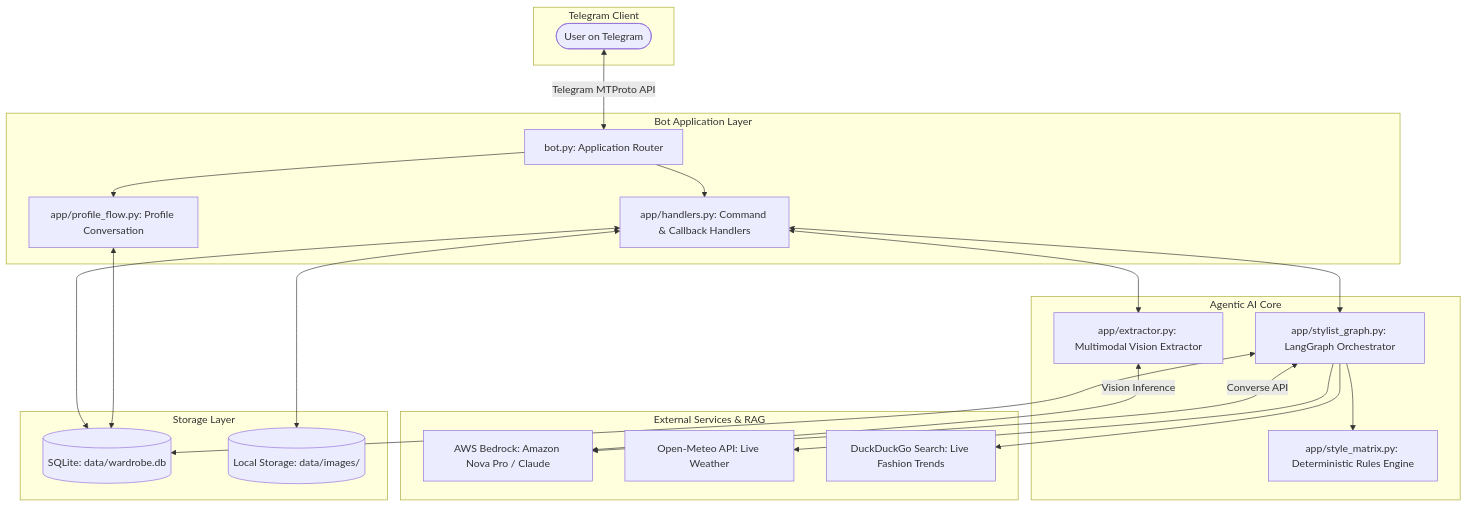
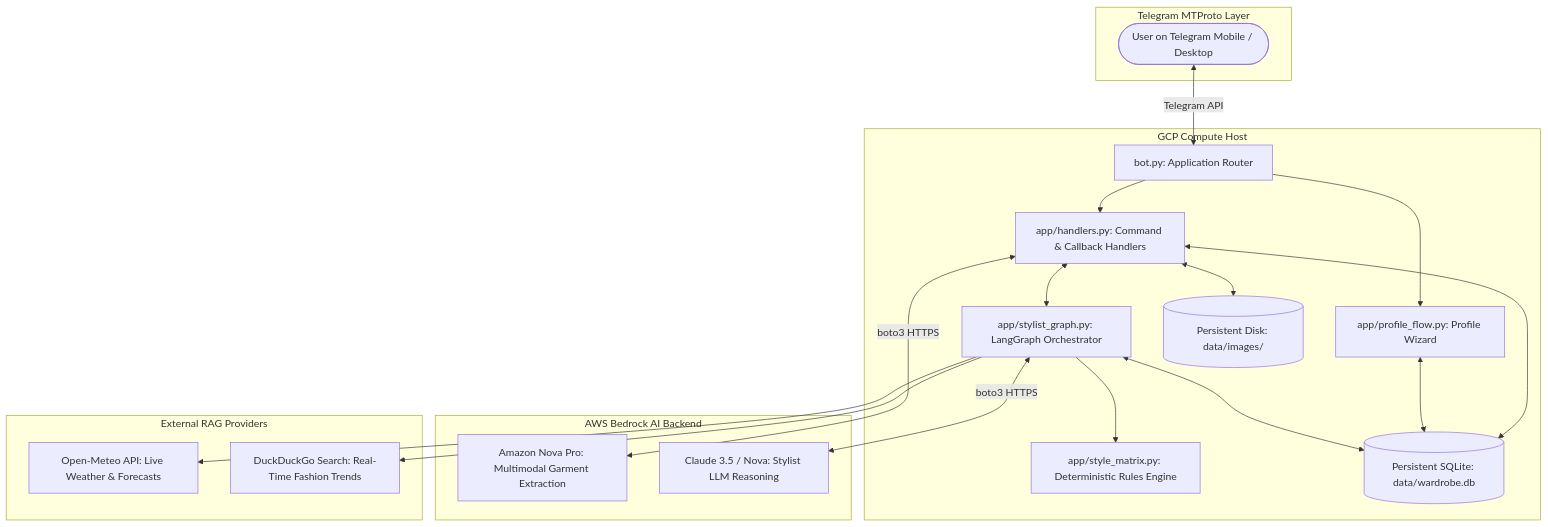
One commit to Jerrywoohoo/Fashion-sense-bot changed the first of 2 diagrams in README.md. Above: the diagram before and after it, drawn with Mermaid. The commit also changed other lines of this file and 3 other files, not shown here.

````diff
--- a/README.md
+++ b/README.md
@@ -69,45 +129,42 @@
 ```mermaid
 flowchart TD
-    subgraph Telegram Client
-        User([User on Telegram])
+    subgraph Telegram MTProto Layer
+        User([User on Telegram Mobile / Desktop])
     end
 
-    subgraph Bot Application Layer
+    subgraph Google Cloud Platform [GCP Compute Host]
         Bot[bot.py: Application Router]
         Handlers[app/handlers.py: Command & Callback Handlers]
-        ProfileFlow[app/profile_flow.py: Profile Conversation]
+        ProfileFlow[app/profile_flow.py: Profile Wizard]
+        StylistGraph[app/stylist_graph.py: LangGraph Orchestrator]
+        StyleMatrix[app/style_matrix.py: Deterministic Rules Engine]
+        DB[(Persistent SQLite: data/wardrobe.db)]
+        Images[(Persistent Disk: data/images/)]
     end
 
-    subgraph Agentic AI Core
-        Extractor[app/extractor.py: Multimodal Vision Extractor]
-        StylistGraph[app/stylist_graph.py: LangGraph Orchestrator]
-        StyleMatrix[app/style_matrix.py: Deterministic Rules Engine]
+    subgraph Amazon Web Services [AWS Bedrock AI Backend]
+        NovaVision[Amazon Nova Pro: Multimodal Garment Extraction]
+        ClaudeStylist[Claude 3.5 / Nova: Stylist LLM Reasoning]
     end
 
-    subgraph External Services & RAG
-        Bedrock[AWS Bedrock: Amazon Nova Pro / Claude]
-        WeatherAPI[Open-Meteo API: Live Weather]
-        DDGS[DuckDuckGo Search: Live Fashion Trends]
+    subgraph External RAG Providers
+        OpenMeteo[Open-Meteo API: Live Weather & Forecasts]
+        DDGS[DuckDuckGo Search: Real-Time Fashion Trends]
     end
 
-    subgraph Storage Layer
-        DB[(SQLite: data/wardrobe.db)]
-        Images[(Local Storage: data/images/)]
-    end
-
-    User <-->|Telegram MTProto API| Bot
+    User <-->|Telegram API| Bot
     Bot --> Handlers
     Bot --> ProfileFlow
-    Handlers <--> Extractor
     Handlers <--> StylistGraph
     Handlers <--> DB
     Handlers <--> Images
     ProfileFlow <--> DB
     
-    Extractor <-->|Vision Inference| Bedrock
-    StylistGraph --> WeatherAPI
+    StylistGraph --> OpenMeteo
     StylistGraph --> DDGS
     StylistGraph --> StyleMatrix
     StylistGraph <--> DB
-    StylistGraph <-->|Converse API| Bedrock
+    
+    Handlers <-->|boto3 HTTPS| NovaVision
+    StylistGraph <-->|boto3 HTTPS| ClaudeStylist
 ```
````
